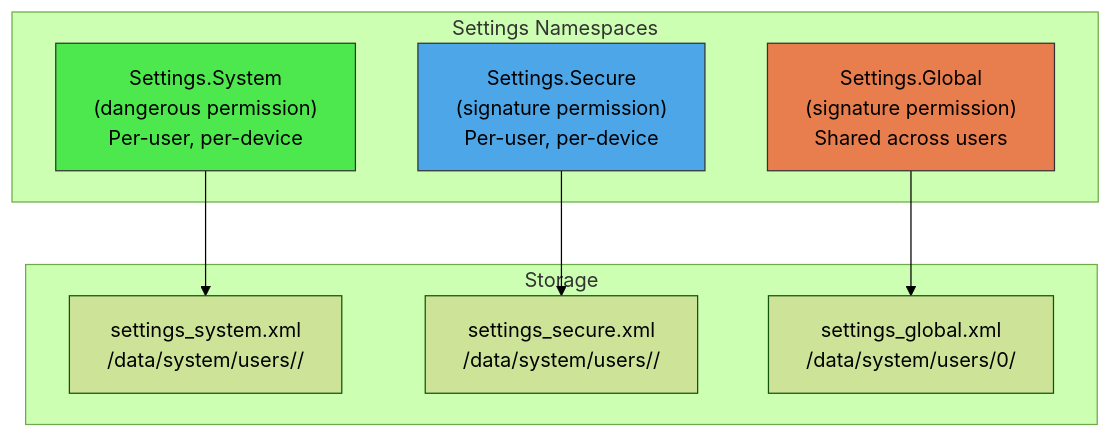
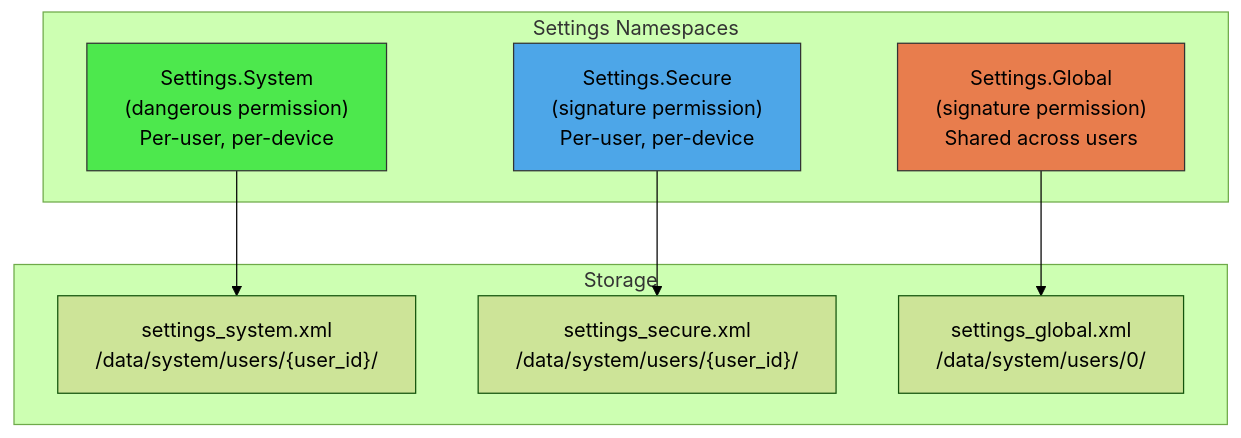
Diagram 15 of 23 in 27-content-providers.md (fwrite0920/aosp-internal-book), drawn with Mermaid (forest theme) before and after one commit. The commit also changed other lines of this file and 13 other files, not shown here.

First line of the commit message:
Fix Mermaid diagrams and formatting in Parts VII-VIII (chapters 26-39)

````diff
--- a/27-content-providers.md
+++ b/27-content-providers.md
@@ -1664,22 +1664,22 @@
 ```mermaid
 graph TD
     subgraph "Settings Namespaces"
         A["Settings.System<br/>(dangerous permission)<br/>Per-user, per-device"]
         B["Settings.Secure<br/>(signature permission)<br/>Per-user, per-device"]
         C["Settings.Global<br/>(signature permission)<br/>Shared across users"]
     end
 
     subgraph "Storage"
-        D["settings_system.xml<br/>/data/system/users/<uid>/"]
-        E["settings_secure.xml<br/>/data/system/users/<uid>/"]
+        D["settings_system.xml<br/>/data/system/users/{user_id}/"]
+        E["settings_secure.xml<br/>/data/system/users/{user_id}/"]
         F["settings_global.xml<br/>/data/system/users/0/"]
     end
 
     A --> D
     B --> E
     C --> F
 
     style A fill:#4de84d,stroke:#333,color:#000
     style B fill:#4da6e8,stroke:#333,color:#000
     style C fill:#e87d4d,stroke:#333,color:#000
 ```
````
